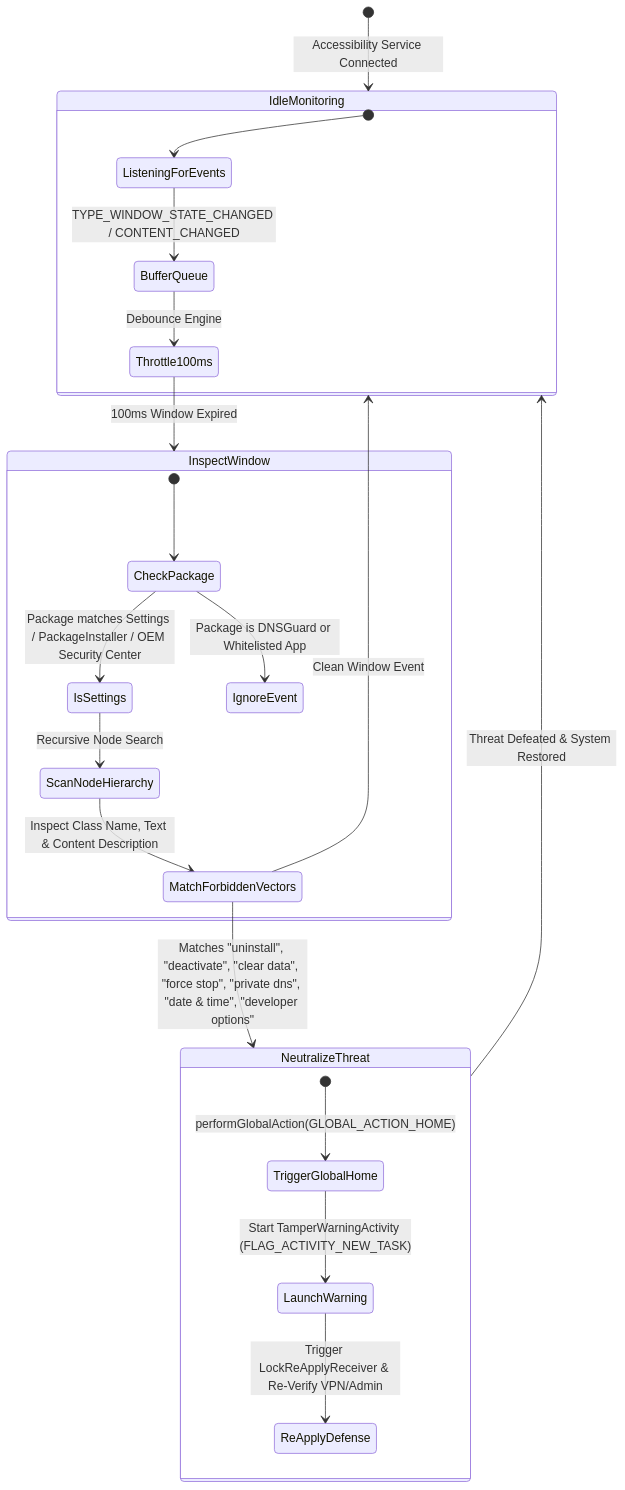
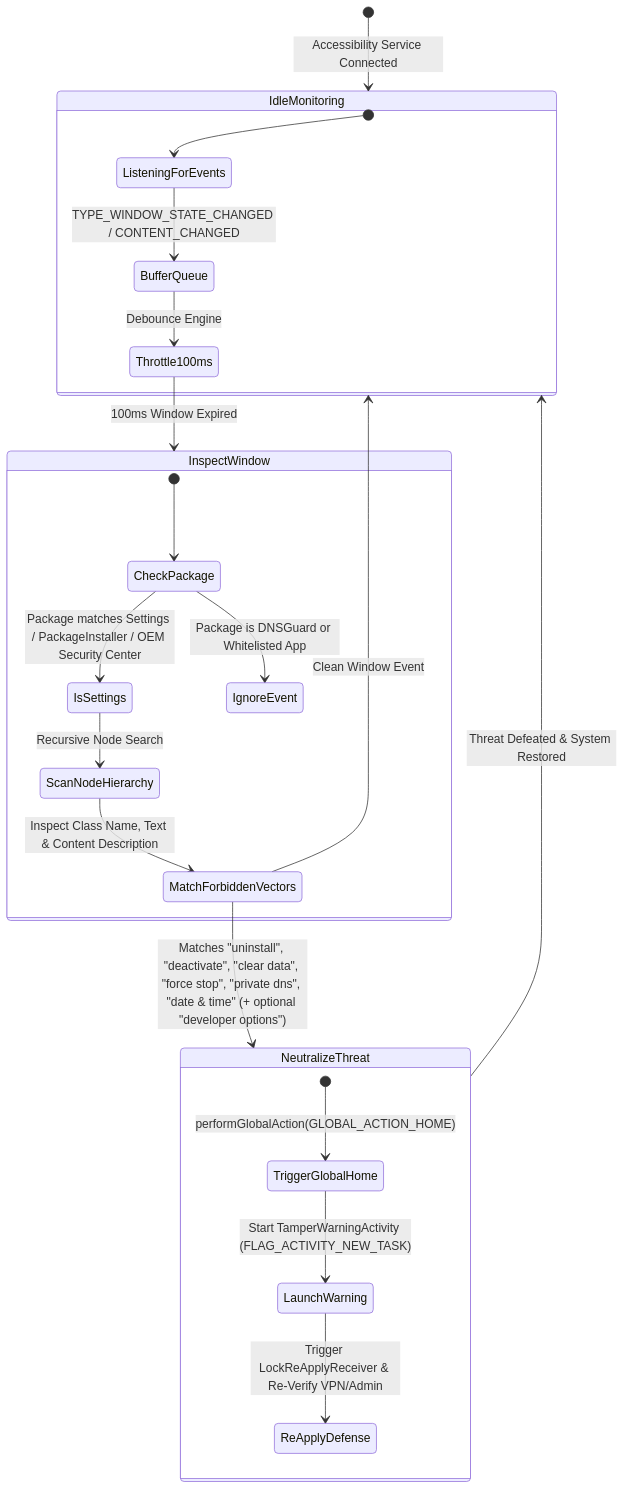
Before and after one commit to zenbijoy/DNSGardPRO: the fourth of 6 diagrams in README.md, drawn with Mermaid. The commit also changed other lines of this file and 3 other files, not shown here.

Commit message:
feat: make developer options and USB debugging blocking optional to support charging and developer workflows

````diff
--- a/README.md
+++ b/README.md
@@ -193,32 +193,32 @@
 ```mermaid
 stateDiagram-v2
     [*] --> IdleMonitoring: Accessibility Service Connected
 
     state IdleMonitoring {
         [*] --> ListeningForEvents
         ListeningForEvents --> BufferQueue: TYPE_WINDOW_STATE_CHANGED / CONTENT_CHANGED
         BufferQueue --> Throttle100ms: Debounce Engine
     }
 
     Throttle100ms --> InspectWindow: 100ms Window Expired
 
     state InspectWindow {
         [*] --> CheckPackage
         CheckPackage --> IsSettings: Package matches Settings / PackageInstaller / OEM Security Center
         CheckPackage --> IgnoreEvent: Package is DNSGuard or Whitelisted App
         
         IsSettings --> ScanNodeHierarchy: Recursive Node Search
         ScanNodeHierarchy --> MatchForbiddenVectors: Inspect Class Name, Text & Content Description
     }
 
-    MatchForbiddenVectors --> NeutralizeThreat: Matches "uninstall", "deactivate", "clear data", "force stop", "private dns", "date & time", "developer options"
+    MatchForbiddenVectors --> NeutralizeThreat: Matches "uninstall", "deactivate", "clear data", "force stop", "private dns", "date & time" (+ optional "developer options")
     MatchForbiddenVectors --> IdleMonitoring: Clean Window Event
 
     state NeutralizeThreat {
         [*] --> TriggerGlobalHome: performGlobalAction(GLOBAL_ACTION_HOME)
         TriggerGlobalHome --> LaunchWarning: Start TamperWarningActivity (FLAG_ACTIVITY_NEW_TASK)
         LaunchWarning --> ReApplyDefense: Trigger LockReApplyReceiver & Re-Verify VPN/Admin
     }
 
     NeutralizeThreat --> IdleMonitoring: Threat Defeated & System Restored
 ```
````
